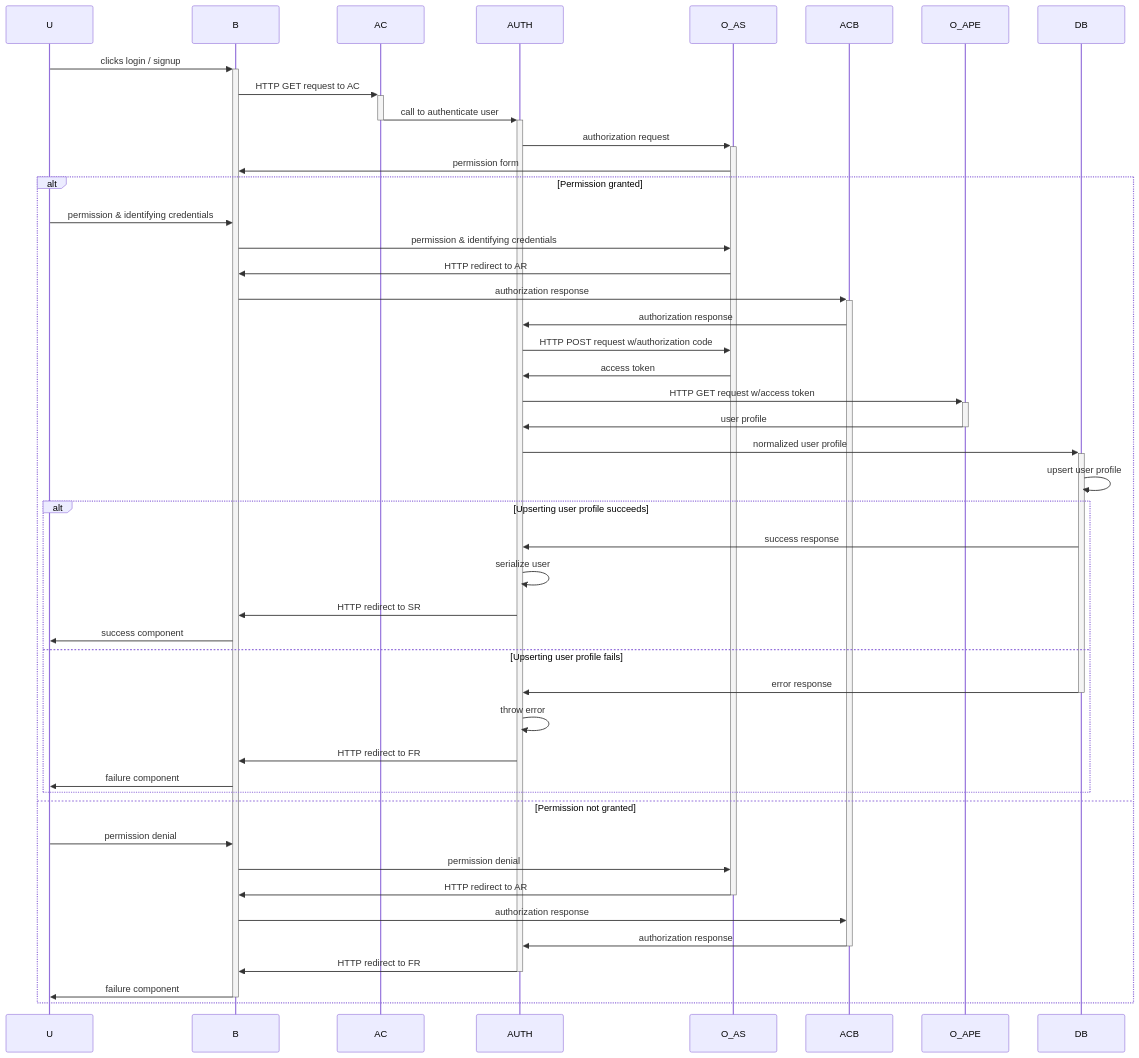
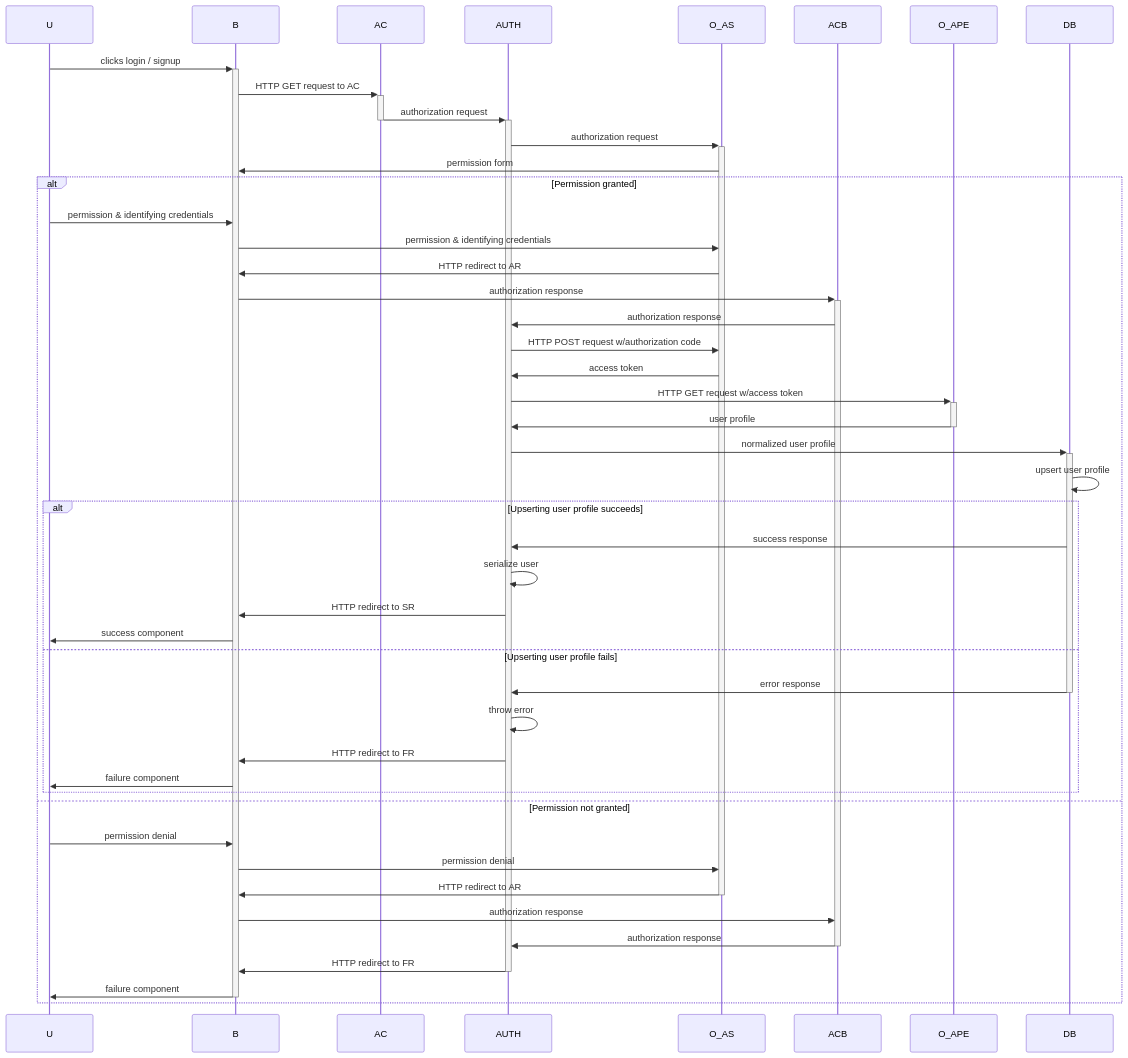
One commit to maryamkhan14/cv-circle changed the fourth of 4 diagrams in DOCUMENTATION.md. Above: the diagram before and after it, drawn with Mermaid. The commit also changed other lines of this file, not shown here.

Commit message:
Fixed some typos in sequence diagram

````diff
--- a/DOCUMENTATION.md
+++ b/DOCUMENTATION.md
@@ -226,44 +226,44 @@
 ```mermaid
 sequenceDiagram
     U->>+B: clicks login / signup
     B->>+AC: HTTP GET request to AC
-    AC->>+AUTH: call to authenticate user
+    AC->>+AUTH: authorization request
     deactivate AC
     AUTH->>+O_AS: authorization request
     O_AS->>B: permission form
 
     alt Permission granted
     U->>B: permission & identifying credentials
     B->>O_AS: permission & identifying credentials
     O_AS->>B: HTTP redirect to AR
     B->>+ACB: authorization response
     ACB->>AUTH: authorization response
     AUTH->>O_AS: HTTP POST request w/authorization code
     O_AS->>AUTH: access token
     AUTH->>+O_APE: HTTP GET request w/access token
     O_APE->>-AUTH: user profile
     AUTH->>+DB: normalized user profile
     DB->>DB: upsert user profile
 
     alt Upserting user profile succeeds
         DB->>AUTH: success response
         AUTH->>AUTH: serialize user
         AUTH->>B: HTTP redirect to SR
         B->>U: success component
     else Upserting user profile fails
         DB->>-AUTH: error response
         AUTH->>AUTH: throw error
         AUTH->>B: HTTP redirect to FR
         B->>U: failure component
     end
 
     else Permission not granted
     U->>B: permission denial
     B->>O_AS: permission denial
     O_AS->>-B: HTTP redirect to AR
     B->>ACB: authorization response
     ACB->>-AUTH: authorization response
     AUTH->>-B: HTTP redirect to FR
     B->>-U: failure component
     end
 ```
````
